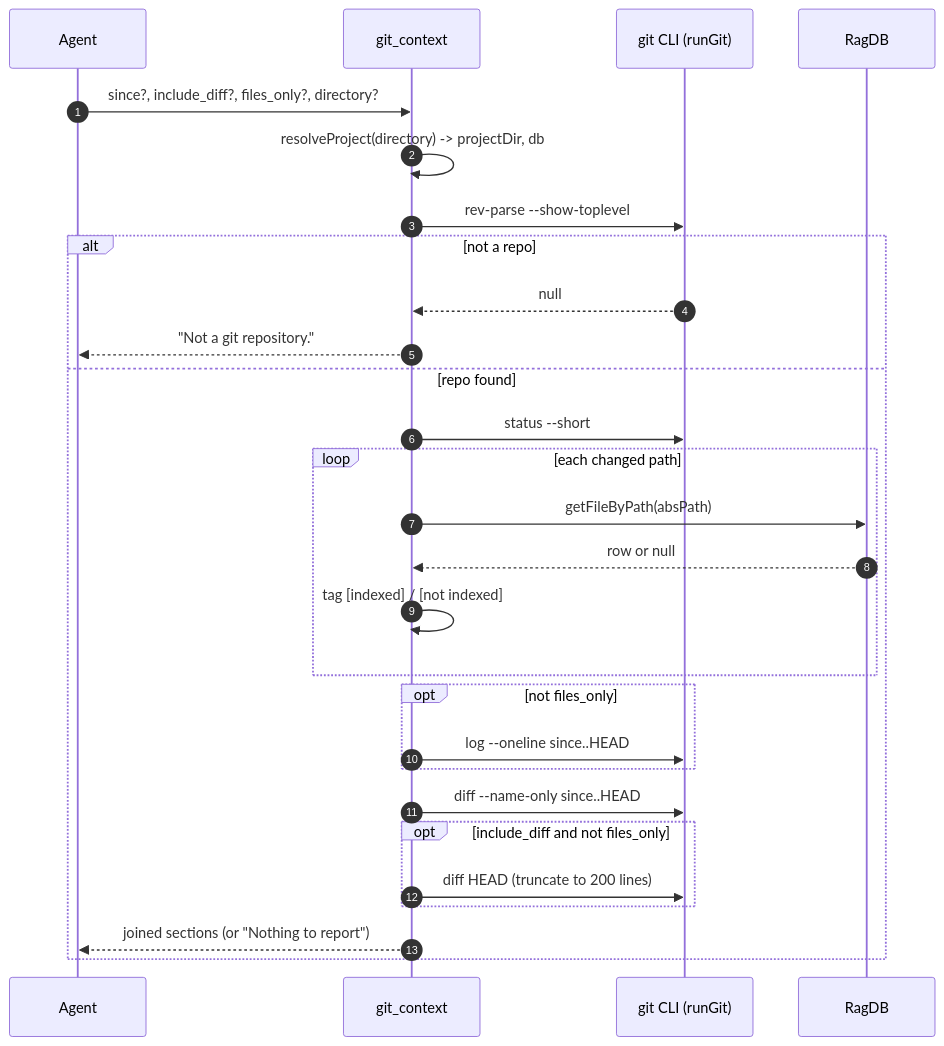
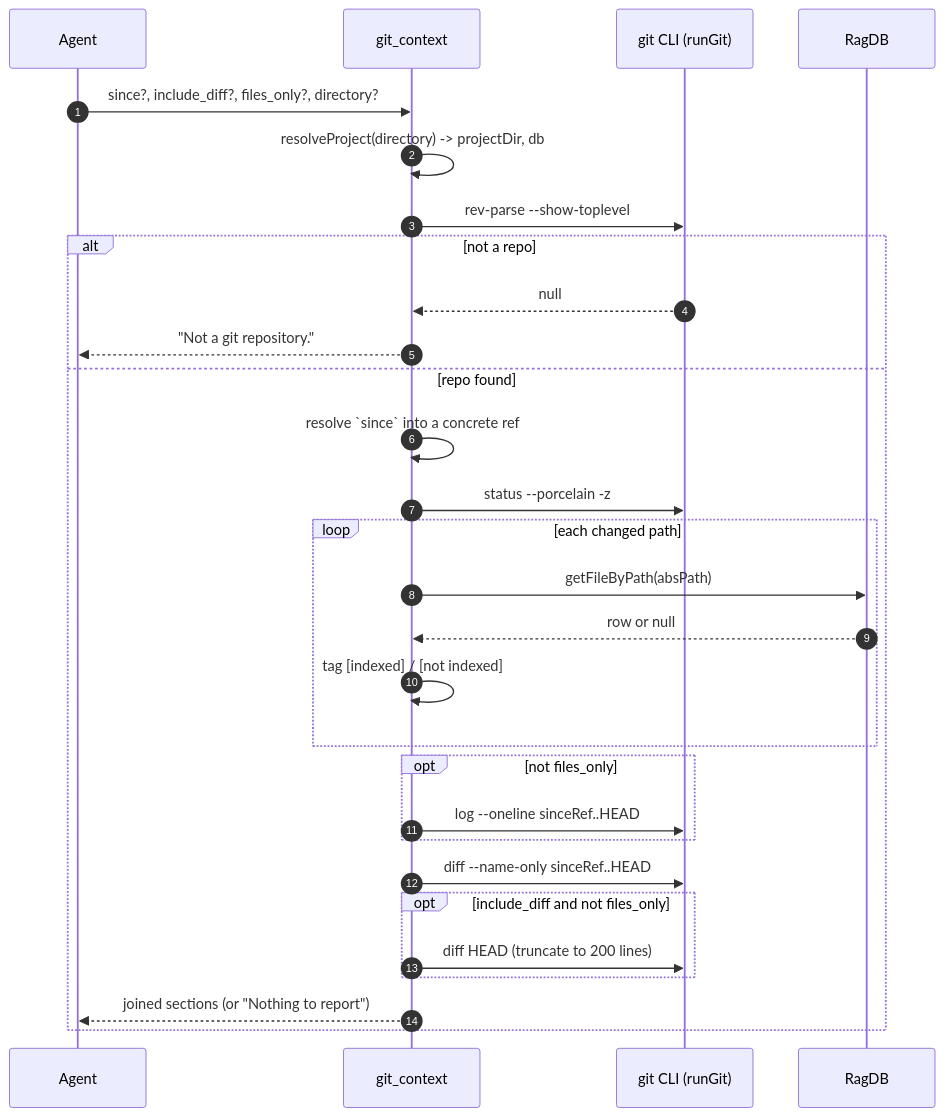
Before and after one commit to TheWinci/mimirs: the diagram in wiki/tools/git-context.md, drawn with Mermaid. The commit also changed other lines of this file and 58 other files, not shown here.

````diff
--- a/wiki/tools/git-context.md
+++ b/wiki/tools/git-context.md
@@ -40,30 +42,31 @@
 ```mermaid
 sequenceDiagram
     autonumber
     participant Agent
     participant Tool as git_context
     participant Git as git CLI (runGit)
     participant DB as RagDB
     Agent->>Tool: since?, include_diff?, files_only?, directory?
     Tool->>Tool: resolveProject(directory) -> projectDir, db
     Tool->>Git: rev-parse --show-toplevel
     alt not a repo
         Git-->>Tool: null
         Tool-->>Agent: "Not a git repository."
     else repo found
-        Tool->>Git: status --short
+        Tool->>Tool: resolve `since` into a concrete ref
+        Tool->>Git: status --porcelain -z
         loop each changed path
             Tool->>DB: getFileByPath(absPath)
             DB-->>Tool: row or null
             Tool->>Tool: tag [indexed] / [not indexed]
         end
         opt not files_only
-            Tool->>Git: log --oneline since..HEAD
+            Tool->>Git: log --oneline sinceRef..HEAD
         end
-        Tool->>Git: diff --name-only since..HEAD
+        Tool->>Git: diff --name-only sinceRef..HEAD
         opt include_diff and not files_only
             Tool->>Git: diff HEAD (truncate to 200 lines)
         end
         Tool-->>Agent: joined sections (or "Nothing to report")
     end
 ```
````
